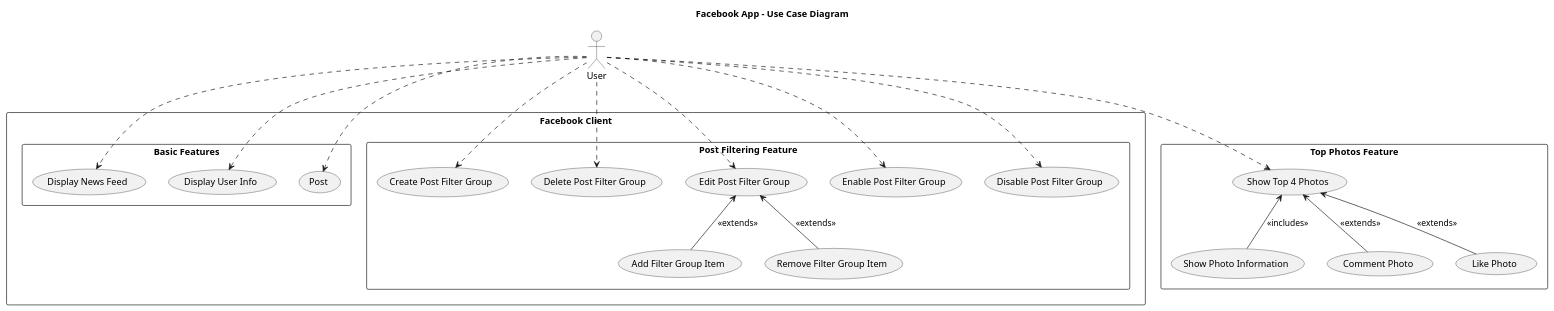
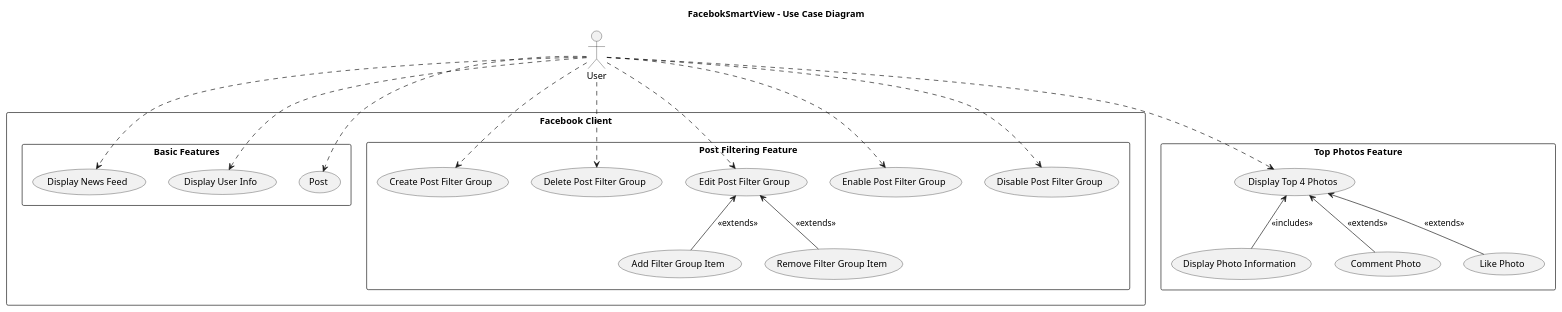
Before and after one commit to danielklein45/B16_Ex01: the diagram in DesignFiles/UseCaseDiagram.plantuml, drawn with PlantUML. The commit also changed 14 other files, not shown here.

Commit message:
Fixing Syntax. Removing GeneralVars class. Editing UML and adding submition file

```diff
--- a/DesignFiles/UseCaseDiagram.plantuml
+++ b/DesignFiles/UseCaseDiagram.plantuml
@@ -1,58 +1,56 @@
 @startuml
 
-title Facebook App - Use Case Diagram
+title "FacebokSmartView - Use Case Diagram"
 
 :User: 
 
 rectangle "Facebook Client"{
     rectangle "Basic Features"{
    }
    rectangle "Post Filtering Feature"{
    }
 }
 
 rectangle "Basic Features" {
     (Display News Feed)
     (Display User Info)
     (Post)
 }
 
 rectangle "Post Filtering Feature" {
     (Create Post Filter Group)
     (Delete Post Filter Group)
     (Edit Post Filter Group)
     (Add Filter Group Item)
     (Remove Filter Group Item)
     (Enable Post Filter Group)
     (Disable Post Filter Group)
 }
 
 rectangle "Top Photos Feature" {
-    (Show Top 4 Photos)
-    (Show Photo Information)
+    (Display Top 4 Photos)
+    (Display Photo Information)
     (Comment Photo)
     (Like Photo)
 }
-
 
 User ..> (Create Post Filter Group)
 User ..> (Delete Post Filter Group)
 User ..> (Edit Post Filter Group)
 User ..> (Enable Post Filter Group)
 User ..> (Disable Post Filter Group)
-User ..> (Show Top 4 Photos)
+User ..> (Display Top 4 Photos)
 
 (Edit Post Filter Group) <-- (Add Filter Group Item): <<extends>>
 (Edit Post Filter Group) <-- (Remove Filter Group Item): <<extends>>
 
-(Show Top 4 Photos) <-- (Comment Photo): <<extends>>
-(Show Top 4 Photos) <-- (Show Photo Information): <<includes>>
-(Show Top 4 Photos) <-- (Like Photo): <<extends>>
-
+(Display Top 4 Photos) <-- (Comment Photo): <<extends>>
+(Display Top 4 Photos) <-- (Display Photo Information): <<includes>>
+(Display Top 4 Photos) <-- (Like Photo): <<extends>>
 
 User ..> (Post)
 User ..> (Display News Feed)
 User ..> (Display User Info)
 
 
 @enduml
```
